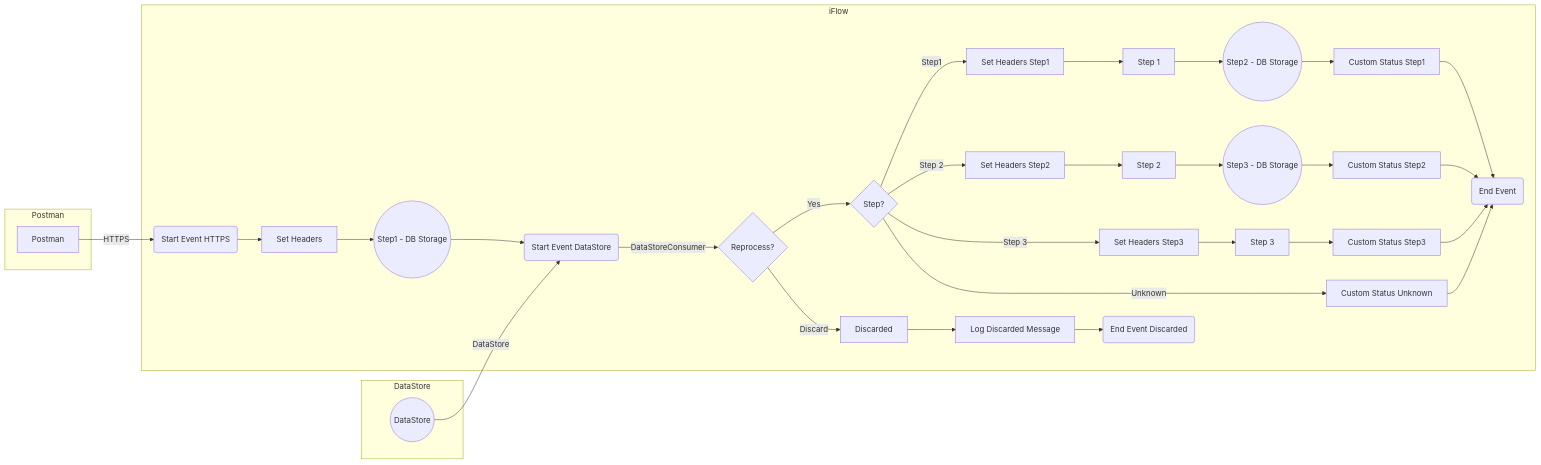
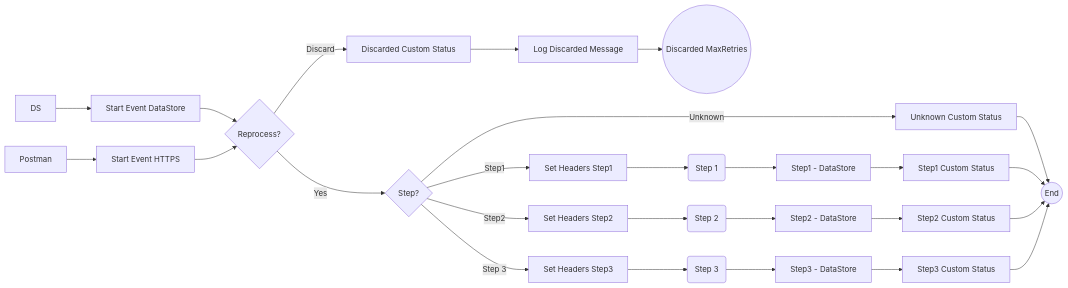
Before and after one commit to Avvale-IA-CICD/AvvaleCPI: the diagram in MMZ - Cell Iflows/SEDA_Model_-_Single_DS_-_Restart_and_Discard_MMZ-1.0.0/readme.md, drawn with Mermaid. The commit also changed other lines of this file, not shown here.

Commit message:
Add/update documentation for SEDA_Model_-_Single_DS_-_Restart_and_Discard_MMZ v1.0.0

````diff
--- a/MMZ - Cell Iflows/SEDA_Model_-_Single_DS_-_Restart_and_Discard_MMZ-1.0.0/readme.md
+++ b/MMZ - Cell Iflows/SEDA_Model_-_Single_DS_-_Restart_and_Discard_MMZ-1.0.0/readme.md
@@ -4,62 +4,28 @@
 ```mermaid
 graph LR
-    subgraph Postman
-    A[Postman]
-    end
-
-    subgraph DataStore
-    E((DataStore))
-    end
-
-    subgraph iFlow
-    B(Start Event HTTPS)
-    C[Set Headers]
-    D((Step1 - DB Storage)):::cylinder
-    F(Start Event DataStore)
-    G{Reprocess?}
-    H{Step?}
-    I[Set Headers Step1]
-    J((Step2 - DB Storage)):::cylinder
-    K[Set Headers Step2]
-    L((Step3 - DB Storage)):::cylinder
-    M[Set Headers Step3]
-    N[Custom Status Step1]
-    O[Custom Status Step2]
-    P[Custom Status Step3]
-    Q[Custom Status Unknown]
-    R[Log Discarded Message]
-    S(End Event)
-    T(End Event Discarded)
-    U[Step 1]
-    V[Step 2]
-    W[Step 3]
-    X[Discarded]
-    end
-
-    A -- HTTPS --> B
-    F -- DataStoreConsumer --> G
-    B --> C
-    C --> D
-    G -- Yes --> H
-    G -- Discard --> X
-    X --> R
-    R --> T
-    H -- Step1 --> I
-    H -- Step 2 --> K
-    H -- Step 3 --> M
-    H -- Unknown --> Q
-    I --> U
-    U --> J
-    J --> N
-    N --> S
-    K --> V
-    V --> L
-    L --> O
-    O --> S
-    M --> W
-    W --> P
-    P --> S
-    Q --> S
-    D --> F
-    E -- DataStore --> F
+    Postman --> HTTPS[Start Event HTTPS]
+    DS --> DataStoreConsumer[Start Event DataStore]
+    DataStoreConsumer --> Reprocess{Reprocess?}
+    HTTPS --> Reprocess
+    Reprocess -- Yes --> StepCheck{Step?}
+    Reprocess -- Discard --> Discarded[Discarded Custom Status]
+    Discarded --> LogDiscarded[Log Discarded Message]
+    LogDiscarded --> DiscardEnd((Discarded MaxRetries))
+    StepCheck -- Step1 --> SetHeaders1[Set Headers Step1]
+    StepCheck -- Step2 --> SetHeaders2[Set Headers Step2]
+    StepCheck -- Step 3 --> SetHeaders3[Set Headers Step3]
+    StepCheck -- Unknown --> UnknownStep[Unknown Custom Status]
+    UnknownStep --> End((End))
+    SetHeaders1 --> Step1(Step 1)
+    SetHeaders2 --> Step2(Step 2)
+    SetHeaders3 --> Step3(Step 3)
+    Step1 --> DBStorage1[Step1 - DataStore]
+    Step2 --> DBStorage2[Step2 - DataStore]
+    Step3 --> DBStorage3[Step3 - DataStore]
+    DBStorage1 --> Step1Status[Step1 Custom Status]
+    DBStorage2 --> Step2Status[Step2 Custom Status]
+    DBStorage3 --> Step3Status[Step3 Custom Status]
+    Step1Status --> End
+    Step2Status --> End
+    Step3Status --> End
 ```
````
